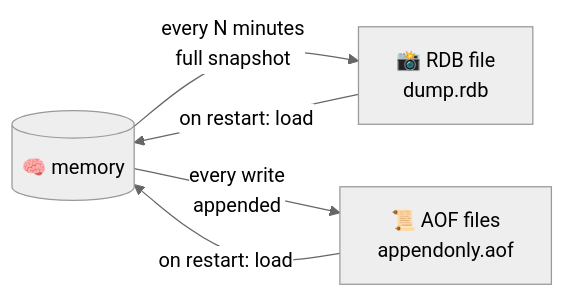
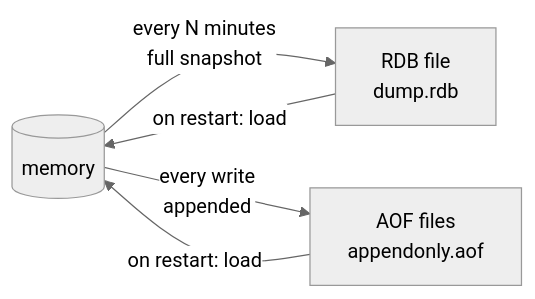
Diagram 16 of 53 in src/redis.md (jamal474/slides), drawn with Mermaid (neutral theme) before and after one commit. The commit also changed other lines of this file, not shown here.

````diff
--- a/src/redis.md
+++ b/src/redis.md
@@ -899,6 +896,6 @@
 ```mermaid
 flowchart LR
-  M[("🧠 memory")] -- "every N minutes<br/>full snapshot" --> RDB["📸 RDB file<br/>dump.rdb"]
-  M -- "every write<br/>appended" --> AOF["📜 AOF files<br/>appendonly.aof"]
+  M[("memory")] -- "every N minutes<br/>full snapshot" --> RDB["RDB file<br/>dump.rdb"]
+  M -- "every write<br/>appended" --> AOF["AOF files<br/>appendonly.aof"]
   RDB & AOF -- "on restart: load" --> M
 ```
````
